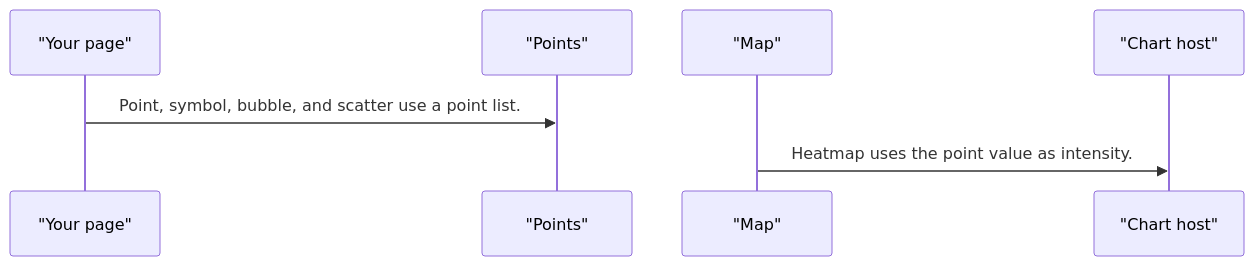
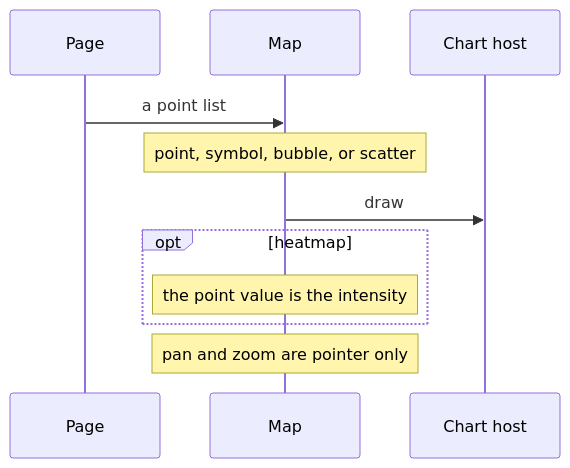
Before and after one commit to RajshekharBorate/pixel-ui: the third of 5 diagrams in projects/pixel-ui/src/lib/pixel-chart-map/DESIGN.md, drawn with Mermaid. The commit also changed other lines of this file and 73 other files, not shown here.

Commit message:
Explain who owns each value and what each flow does in every component and service design.

````diff
--- a/projects/pixel-ui/src/lib/pixel-chart-map/DESIGN.md
+++ b/projects/pixel-ui/src/lib/pixel-chart-map/DESIGN.md
@@ -81,9 +95,13 @@
 ```mermaid
 sequenceDiagram
-  participant page as "Your page"
-  participant points as "Points"
-  participant plot as "Map"
-  participant host as "Chart host"
-  page->>points: Point, symbol, bubble, and scatter use a point list.
-  plot->>host: Heatmap uses the point value as intensity.
+  participant Page
+  participant Map
+  participant Host as Chart host
+  Page->>Map: a point list
+  Note over Map: point, symbol, bubble, or scatter
+  Map->>Host: draw
+  opt heatmap
+    Note over Map: the point value is the intensity
+  end
+  Note over Map: pan and zoom are pointer only
 ```
````
